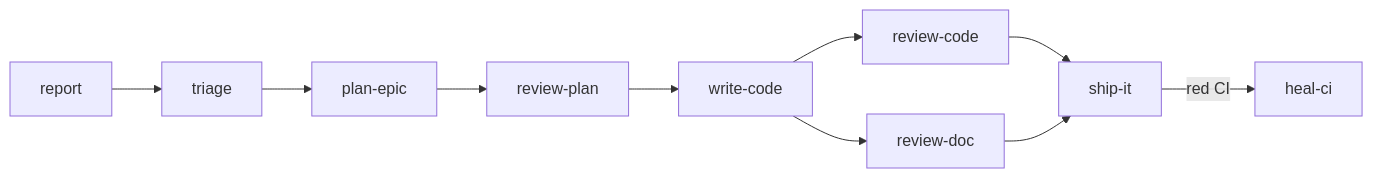
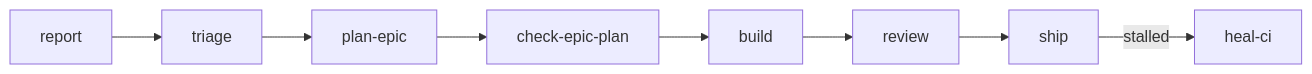
Before and after one commit to kamp-us/phoenix: the diagram in DEVELOPMENT.md, drawn with Mermaid. The commit also changed other lines of this file, not shown here.

````diff
--- a/DEVELOPMENT.md
+++ b/DEVELOPMENT.md
@@ -142,9 +146,6 @@
 ```mermaid
 flowchart LR
-    report --> triage --> plan-epic --> review-plan --> write-code
-    write-code --> review-code
-    write-code --> review-doc
-    review-code --> ship-it
-    review-doc --> ship-it
-    ship-it -->|red CI| heal-ci
+    report --> triage --> plan-epic --> check-epic-plan --> build
+    build --> review --> ship
+    ship -->|stalled| heal-ci
 ```
````
